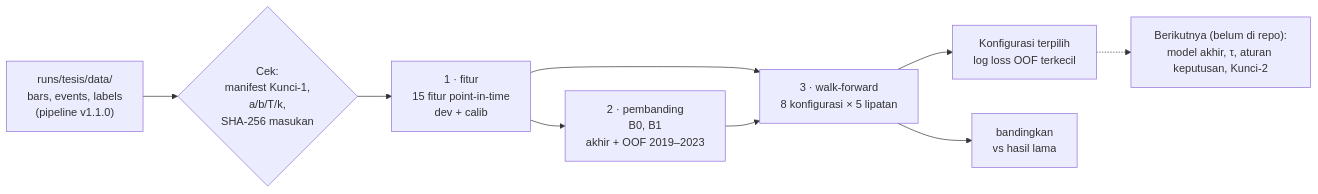
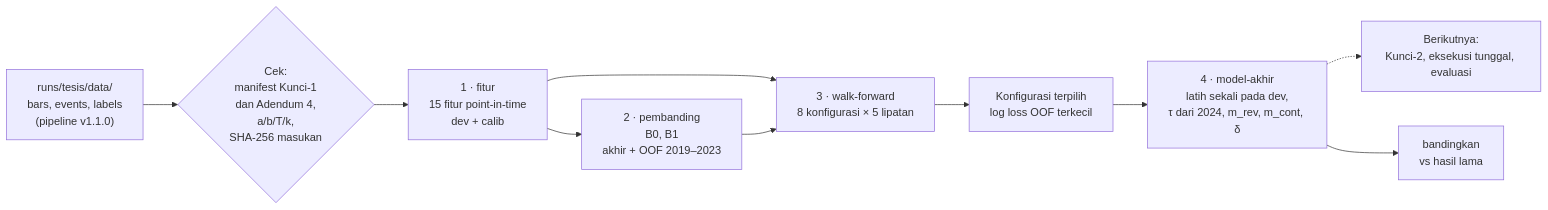
The diagram in docs/PEMODELAN_GRADIENT_BOOSTING.md (rizalpriyono/xauusd-pdhl-ml), drawn with Mermaid before and after one commit. The commit also changed other lines of this file and 33 other files, not shown here.

First line of the commit message:
feat: model akhir, kalibrasi τ, aturan keputusan, dan fitur Adendum 4 (Gradient Boosting) (#4)

````diff
--- a/docs/PEMODELAN_GRADIENT_BOOSTING.md
+++ b/docs/PEMODELAN_GRADIENT_BOOSTING.md
@@ -46,11 +52,12 @@
 ```mermaid
 flowchart LR
-    D["runs/tesis/data/<br/>bars, events, labels<br/>(pipeline v1.1.0)"] --> C{"Cek:<br/>manifest Kunci-1,<br/>a/b/T/k,<br/>SHA-256 masukan"}
+    D["runs/tesis/data/<br/>bars, events, labels<br/>(pipeline v1.1.0)"] --> C{"Cek:<br/>manifest Kunci-1<br/>dan Adendum 4,<br/>a/b/T/k,<br/>SHA-256 masukan"}
     C --> F["1 · fitur<br/>15 fitur point-in-time<br/>dev + calib"]
     F --> B["2 · pembanding<br/>B0, B1<br/>akhir + OOF 2019–2023"]
     F --> W["3 · walk-forward<br/>8 konfigurasi × 5 lipatan"]
     B --> W
     W --> P["Konfigurasi terpilih<br/>log loss OOF terkecil"]
-    P -.-> L["Berikutnya (belum di repo):<br/>model akhir, τ, aturan keputusan, Kunci-2"]
-    W --> K["bandingkan<br/>vs hasil lama"]
+    P --> M["4 · model-akhir<br/>latih sekali pada dev,<br/>τ dari 2024, m_rev, m_cont, δ"]
+    M -.-> L["Berikutnya:<br/>Kunci-2, eksekusi tunggal, evaluasi"]
+    M --> K["bandingkan<br/>vs hasil lama"]
 ```
````
